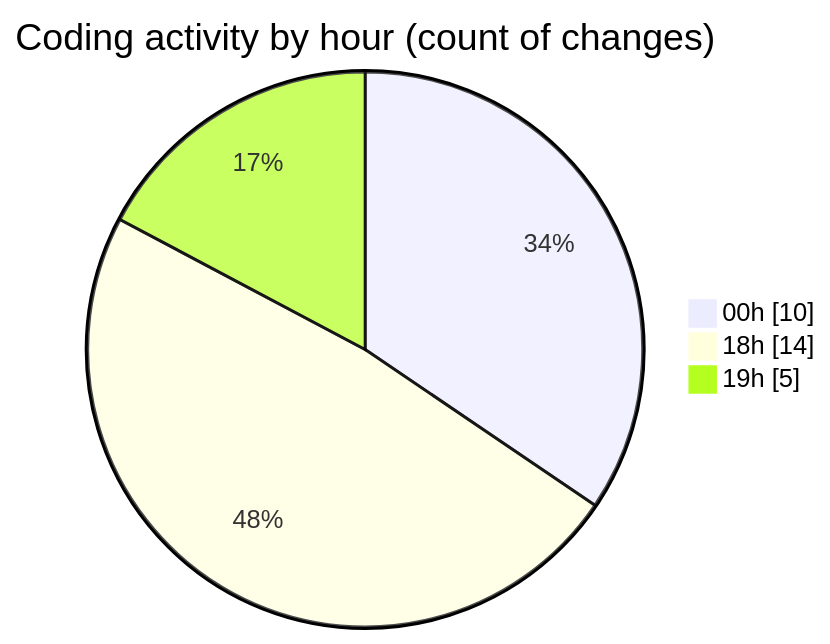
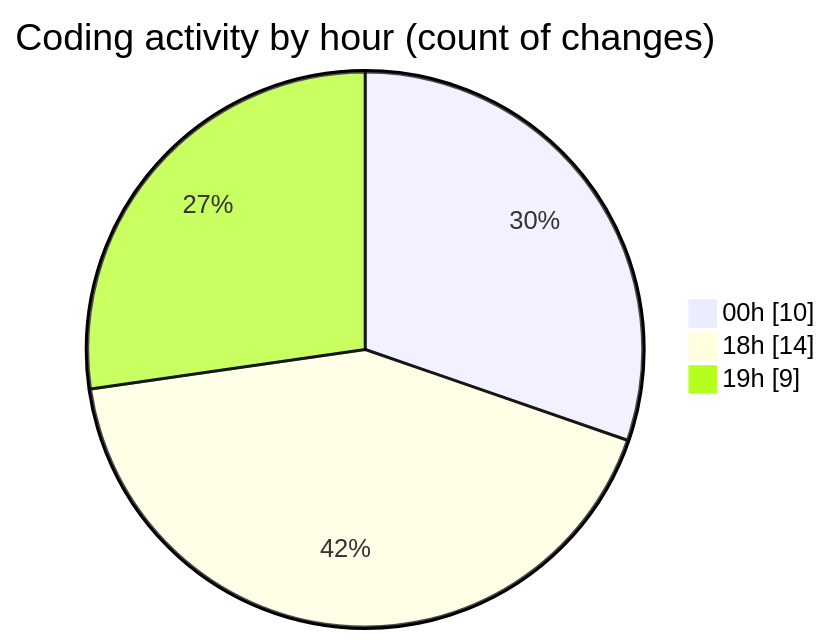
One commit to NitaiMahat/code-tracking changed the second of 2 diagrams in 2025-05-27/minisocialnetwork/README.md. Above: the diagram before and after it, drawn with Mermaid. The commit also changed other lines of this file and 1 other file, not shown here.

````diff
--- a/2025-05-27/minisocialnetwork/README.md
+++ b/2025-05-27/minisocialnetwork/README.md
@@ -40,7 +40,7 @@
 ```mermaid
 pie showData
 title Coding activity by hour (count of changes)
 "00h" : 10
 "18h" : 14
-"19h" : 5
+"19h" : 9
 ```
````
